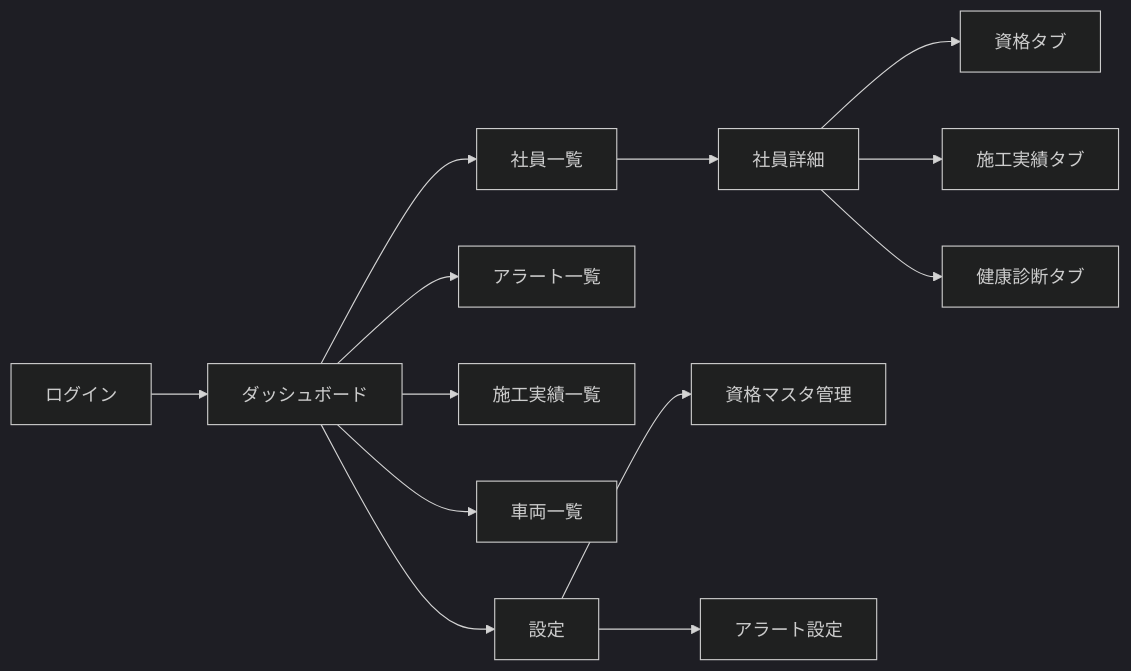
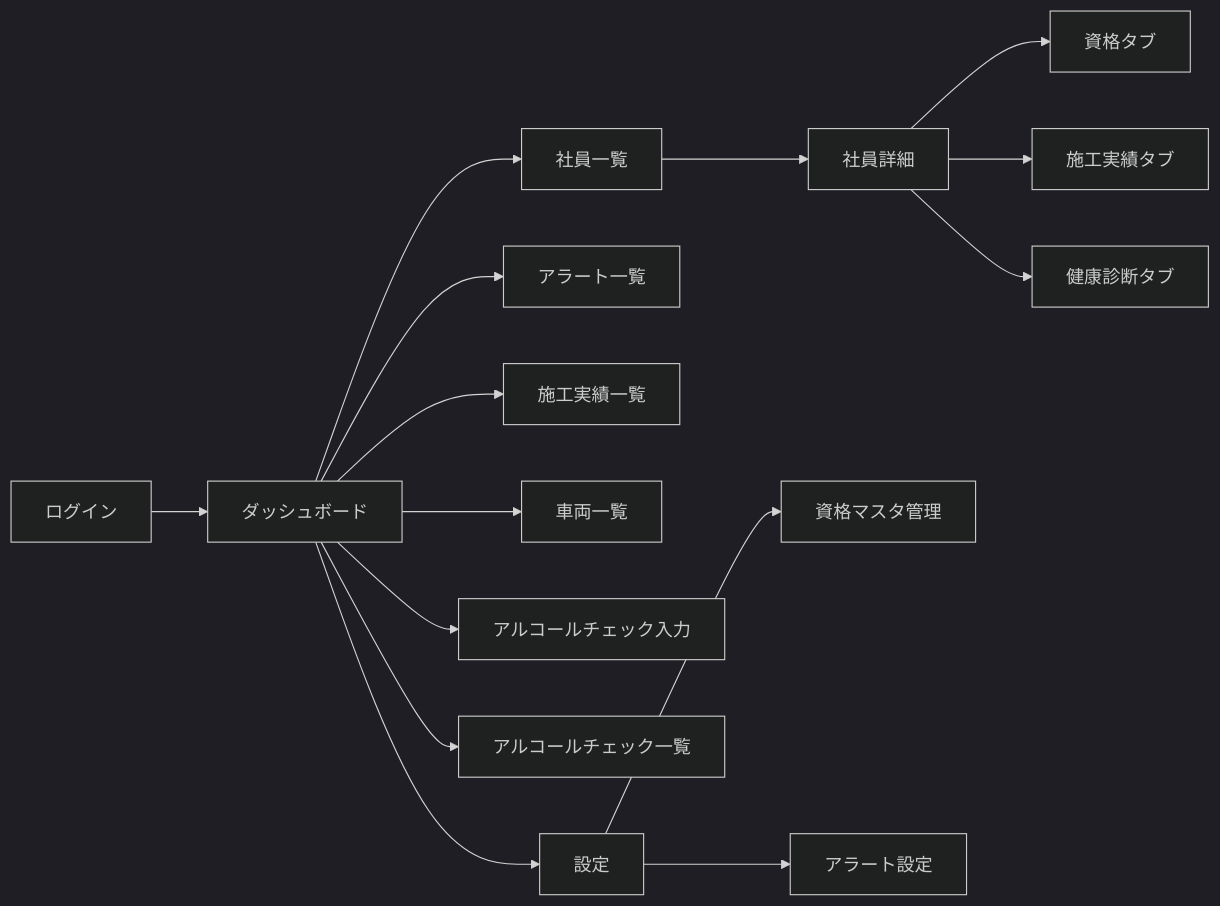
Before and after one commit to ayuuum/shinetsu-hochi-system: the fifth of 6 diagrams in detailed_prd.md, drawn with Mermaid (dark theme). The commit also changed other lines of this file and 110 other files, not shown here.

````diff
--- a/detailed_prd.md
+++ b/detailed_prd.md
@@ -471,18 +623,20 @@
 ```mermaid
 graph LR
     LOGIN[ログイン] --> DASH[ダッシュボード]
     
     DASH --> EMP_LIST[社員一覧]
     DASH --> ALERT_LIST[アラート一覧]
     DASH --> PROJ_LIST[施工実績一覧]
     DASH --> VEH_LIST[車両一覧]
+    DASH --> ALC_INPUT[アルコールチェック入力]
+    DASH --> ALC_LIST[アルコールチェック一覧]
     
     EMP_LIST --> EMP_DETAIL[社員詳細]
     EMP_DETAIL --> QUAL_TAB[資格タブ]
     EMP_DETAIL --> PROJ_TAB[施工実績タブ]
     EMP_DETAIL --> HC_TAB[健康診断タブ]
     
     DASH --> SETTINGS[設定]
     SETTINGS --> QUAL_MASTER[資格マスタ管理]
     SETTINGS --> ALERT_SET[アラート設定]
 ```
````
